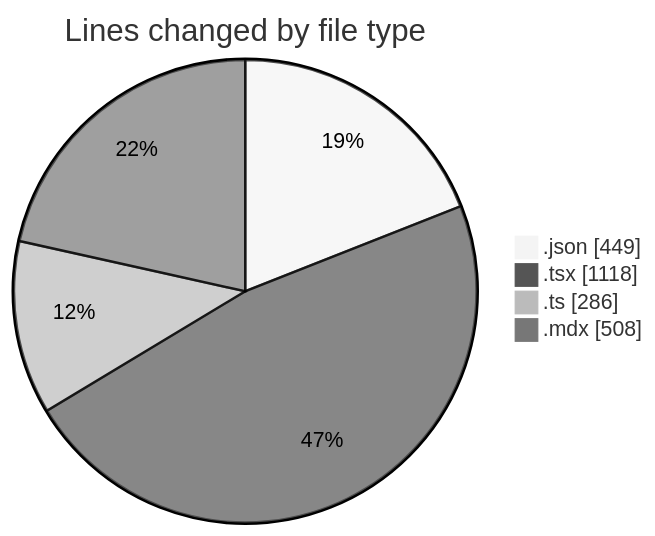
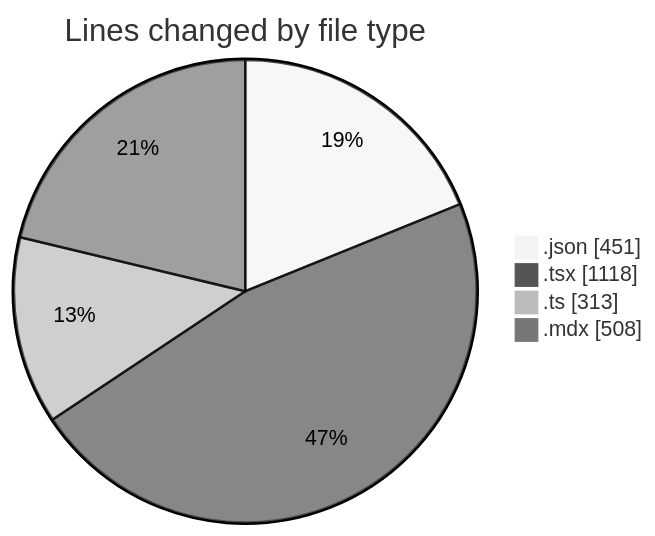
One commit to Elitesun/code-tracking changed the first of 2 diagrams in 2025-05-01/niten/README.md. Above: the diagram before and after it, drawn with Mermaid (neutral theme). The commit also changed other lines of this file and 1 other file, not shown here.

````diff
--- a/2025-05-01/niten/README.md
+++ b/2025-05-01/niten/README.md
@@ -45,8 +45,8 @@
 ```mermaid
 pie showData
 title Lines changed by file type
-".json" : 449
+".json" : 451
 ".tsx" : 1118
-".ts" : 286
+".ts" : 313
 ".mdx" : 508
 ```
````
